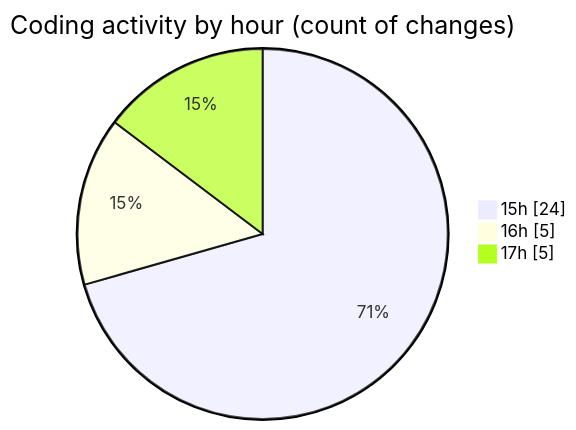
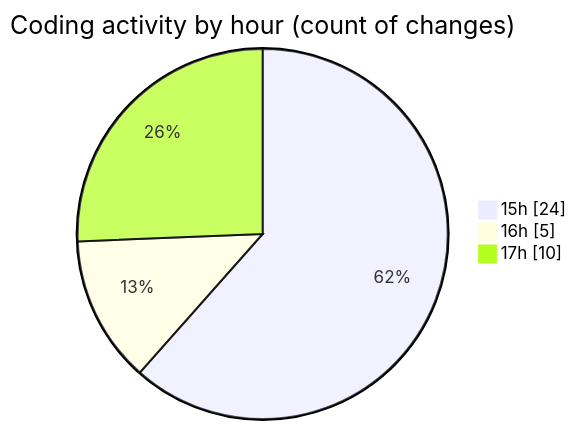
The second of 2 diagrams in 2025-08-02/tw-server/README.md (EIIisD/code-tracking), drawn with Mermaid before and after one commit. The commit also changed other lines of this file and 1 other file, not shown here.

````diff
--- a/2025-08-02/tw-server/README.md
+++ b/2025-08-02/tw-server/README.md
@@ -31,7 +33,7 @@
 ```mermaid
 pie showData
 title Coding activity by hour (count of changes)
 "15h" : 24
 "16h" : 5
-"17h" : 5
+"17h" : 10
 ```
````
